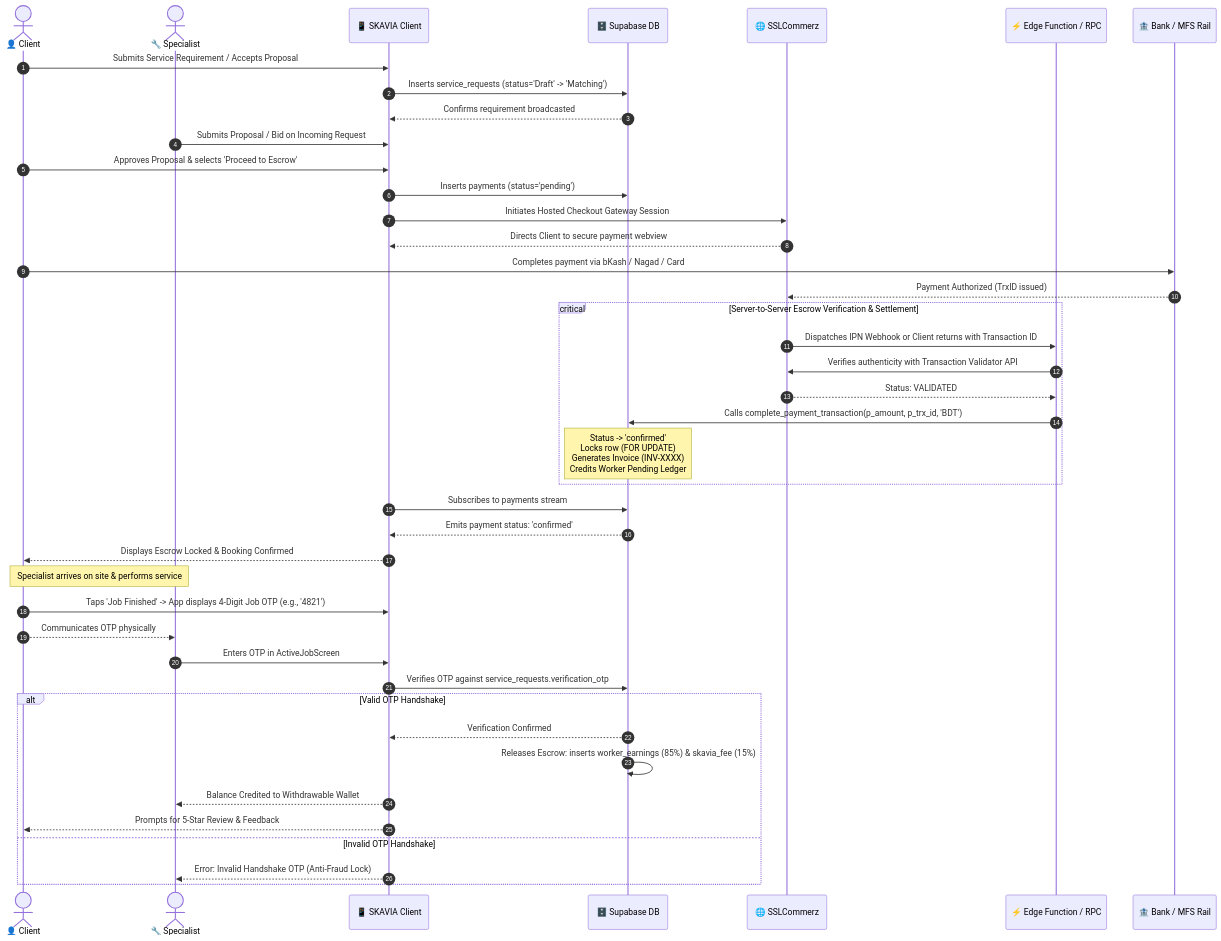
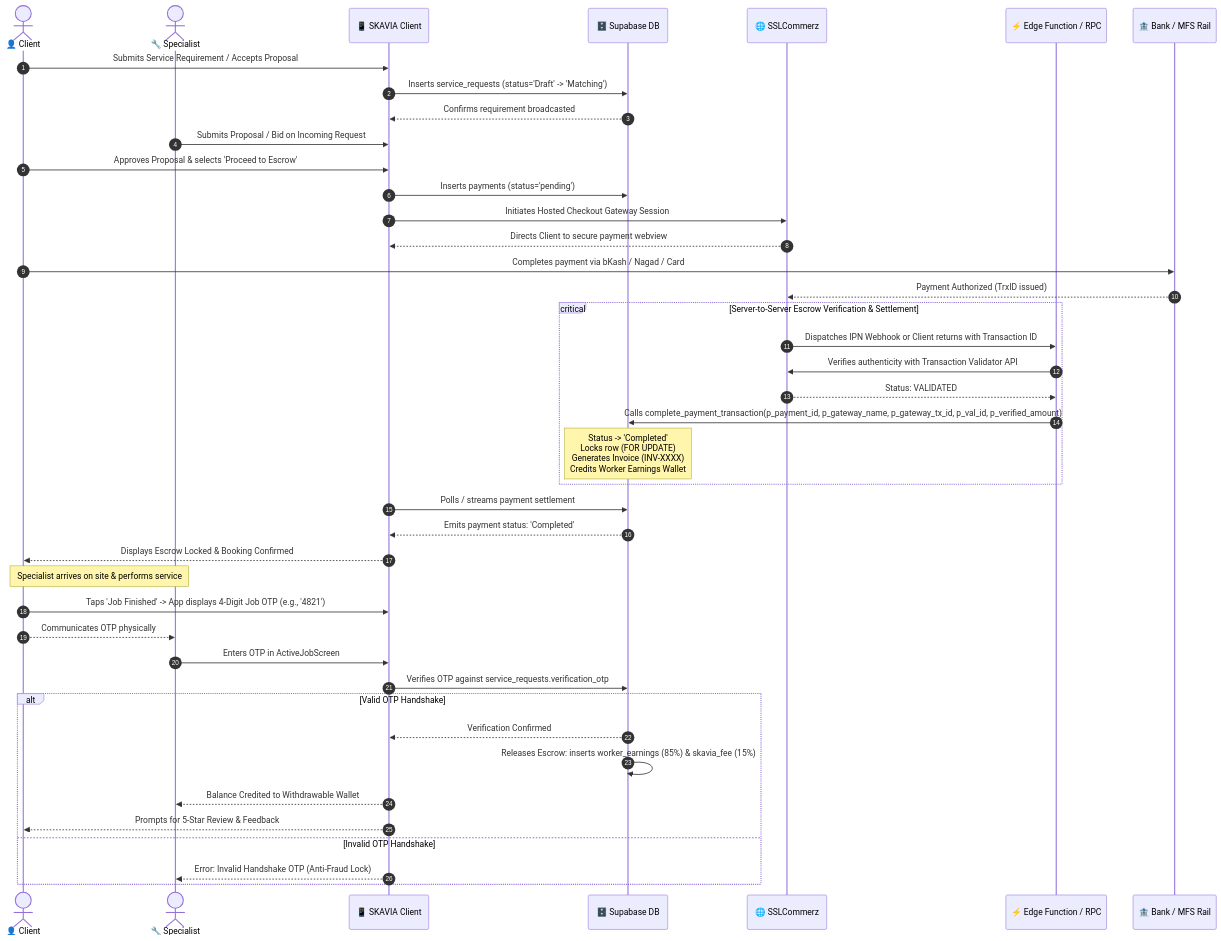
Before and after one commit to Ti838/SKAVIA: the seventh of 8 diagrams in docs/ARCHITECTURE.md, drawn with Mermaid. The commit also changed other lines of this file and 25 other files, not shown here.

Commit message:
Add unit test suites and architecture documentation

````diff
--- a/docs/ARCHITECTURE.md
+++ b/docs/ARCHITECTURE.md
@@ -277,51 +277,51 @@
 ```mermaid
 sequenceDiagram
     autonumber
     actor Client as 👤 Client
     actor Worker as 🔧 Specialist
     participant App as 📱 SKAVIA Client
     participant PostgREST as 🗄️ Supabase DB
     participant SSL as 🌐 SSLCommerz
     participant Edge as ⚡ Edge Function / RPC
     participant Bank as 🏦 Bank / MFS Rail
 
     Client->>App: Submits Service Requirement / Accepts Proposal
     App->>PostgREST: Inserts service_requests (status='Draft' -> 'Matching')
     PostgREST-->>App: Confirms requirement broadcasted
     Worker->>App: Submits Proposal / Bid on Incoming Request
     Client->>App: Approves Proposal & selects 'Proceed to Escrow'
     
     App->>PostgREST: Inserts payments (status='pending')
     App->>SSL: Initiates Hosted Checkout Gateway Session
     SSL-->>App: Directs Client to secure payment webview
     Client->>Bank: Completes payment via bKash / Nagad / Card
     Bank-->>SSL: Payment Authorized (TrxID issued)
 
     critical Server-to-Server Escrow Verification & Settlement
         SSL->>Edge: Dispatches IPN Webhook or Client returns with Transaction ID
         Edge->>SSL: Verifies authenticity with Transaction Validator API
         SSL-->>Edge: Status: VALIDATED
-        Edge->>PostgREST: Calls complete_payment_transaction(p_amount, p_trx_id, 'BDT')
-        Note over PostgREST: Status -> 'confirmed'<br/>Locks row (FOR UPDATE)<br/>Generates Invoice (INV-XXXX)<br/>Credits Worker Pending Ledger
+        Edge->>PostgREST: Calls complete_payment_transaction(p_payment_id, p_gateway_name, p_gateway_tx_id, p_val_id, p_verified_amount)
+        Note over PostgREST: Status -> 'Completed'<br/>Locks row (FOR UPDATE)<br/>Generates Invoice (INV-XXXX)<br/>Credits Worker Earnings Wallet
     end
 
-    App->>PostgREST: Subscribes to payments stream
-    PostgREST-->>App: Emits payment status: 'confirmed'
+    App->>PostgREST: Polls / streams payment settlement
+    PostgREST-->>App: Emits payment status: 'Completed'
     App-->>Client: Displays Escrow Locked & Booking Confirmed
 
     Note over Client,Worker: Specialist arrives on site & performs service
 
     Client->>App: Taps 'Job Finished' -> App displays 4-Digit Job OTP (e.g., '4821')
     Client-->>Worker: Communicates OTP physically
     Worker->>App: Enters OTP in ActiveJobScreen
     App->>PostgREST: Verifies OTP against service_requests.verification_otp
     
     alt Valid OTP Handshake
         PostgREST-->>App: Verification Confirmed
         PostgREST->>PostgREST: Releases Escrow: inserts worker_earnings (85%) & skavia_fee (15%)
         App-->>Worker: Balance Credited to Withdrawable Wallet
         App-->>Client: Prompts for 5-Star Review & Feedback
     else Invalid OTP Handshake
         App-->>Worker: Error: Invalid Handshake OTP (Anti-Fraud Lock)
     end
 ```
````
